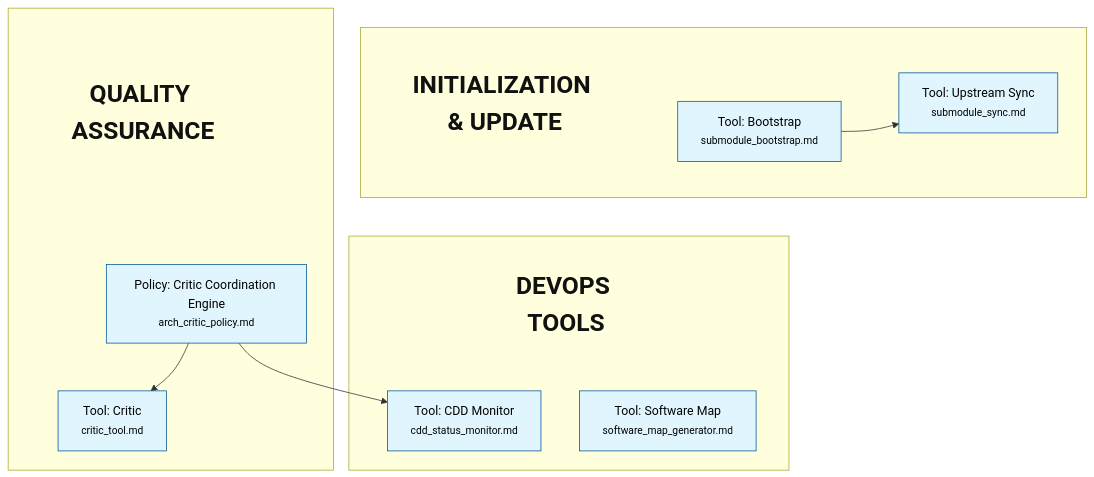
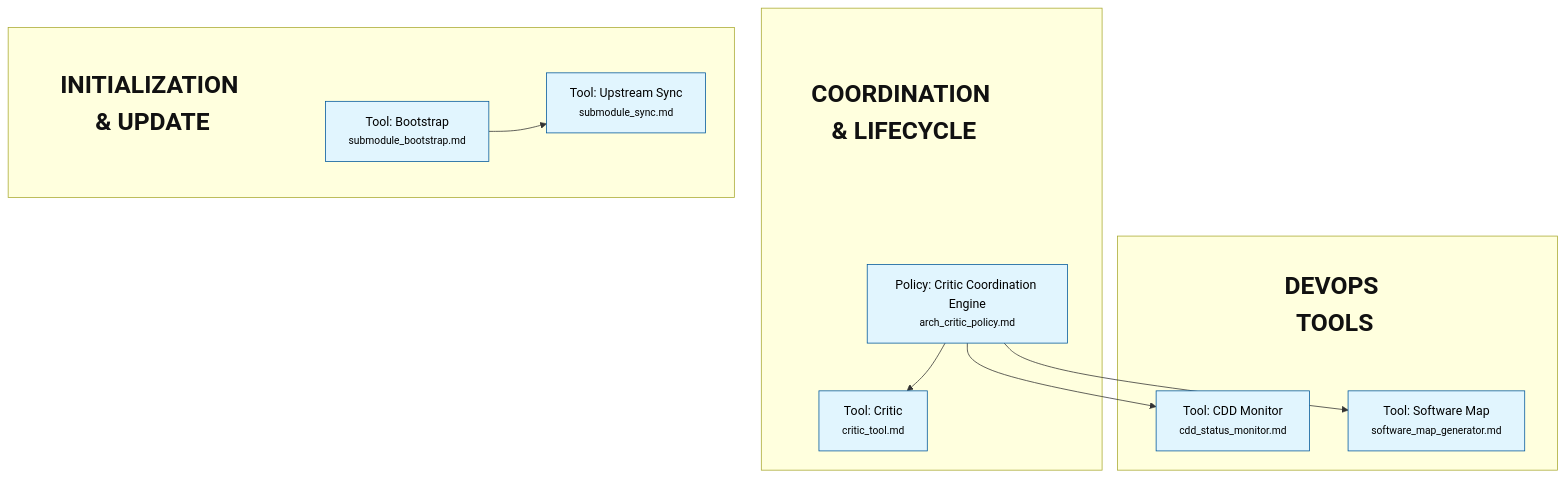
Before and after one commit to rlabarca/agentic-dev-core: the diagram in README.md, drawn with Mermaid.

Commit message:
docs(readme): Update Mermaid diagram for category rename and missing edge
Reflects Critic policy category rename from "Quality Assurance" to
"Coordination & Lifecycle" and adds missing prerequisite edge from
arch_critic_policy to software_map_generator.

````diff
--- a/README.md
+++ b/README.md
@@ -125,46 +125,47 @@
 ```mermaid
 flowchart TD
 
+
+    subgraph Coordination_&_Lifecycle [" "]
+        title_Coordination_&_Lifecycle["COORDINATION & LIFECYCLE"]
+        arch_critic_policy["Policy: Critic Coordination Engine<br/><small>arch_critic_policy.md</small>"]
+        title_Coordination_&_Lifecycle ~~~ arch_critic_policy
+        critic_tool["Tool: Critic<br/><small>critic_tool.md</small>"]
+        title_Coordination_&_Lifecycle ~~~ critic_tool
+    end
 
     subgraph DevOps_Tools [" "]
         title_DevOps_Tools["DEVOPS TOOLS"]
         cdd_status_monitor["Tool: CDD Monitor<br/><small>cdd_status_monitor.md</small>"]
         title_DevOps_Tools ~~~ cdd_status_monitor
         software_map_generator["Tool: Software Map<br/><small>software_map_generator.md</small>"]
         title_DevOps_Tools ~~~ software_map_generator
     end
 
     subgraph Initialization_&_Update [" "]
         title_Initialization_&_Update["INITIALIZATION & UPDATE"]
         submodule_bootstrap["Tool: Bootstrap<br/><small>submodule_bootstrap.md</small>"]
         title_Initialization_&_Update ~~~ submodule_bootstrap
         submodule_sync["Tool: Upstream Sync<br/><small>submodule_sync.md</small>"]
         title_Initialization_&_Update ~~~ submodule_sync
     end
 
-    subgraph Quality_Assurance [" "]
-        title_Quality_Assurance["QUALITY ASSURANCE"]
-        arch_critic_policy["Policy: Critic Coordination Engine<br/><small>arch_critic_policy.md</small>"]
-        title_Quality_Assurance ~~~ arch_critic_policy
-        critic_tool["Tool: Critic<br/><small>critic_tool.md</small>"]
-        title_Quality_Assurance ~~~ critic_tool
-    end
-
     %% Relationships
     arch_critic_policy --> cdd_status_monitor
     arch_critic_policy --> critic_tool
+    arch_critic_policy --> software_map_generator
     submodule_bootstrap --> submodule_sync
 
     %% Styling Definitions
     classDef default fill:#e1f5fe,stroke:#01579b,stroke-width:1px,color:black;
     classDef release fill:#f96,stroke:#333,stroke-width:2px,color:black,font-weight:bold;
     classDef hardware fill:#e8f5e9,stroke:#2e7d32,stroke-width:1px,color:black;
     classDef ui fill:#f3e5f5,stroke:#7b1fa2,stroke-width:1px,color:black;
     classDef process fill:#f1f8e9,stroke:#558b2f,stroke-width:1px,color:black;
     classDef subgraphTitle fill:none,stroke:none,color:#111,font-size:32px,font-weight:bold;
 
     %% Style Applications
+    class title_Coordination_&_Lifecycle subgraphTitle;
     class title_DevOps_Tools subgraphTitle;
     class title_Initialization_&_Update subgraphTitle;
-    class title_Quality_Assurance subgraphTitle;
 ```
````
